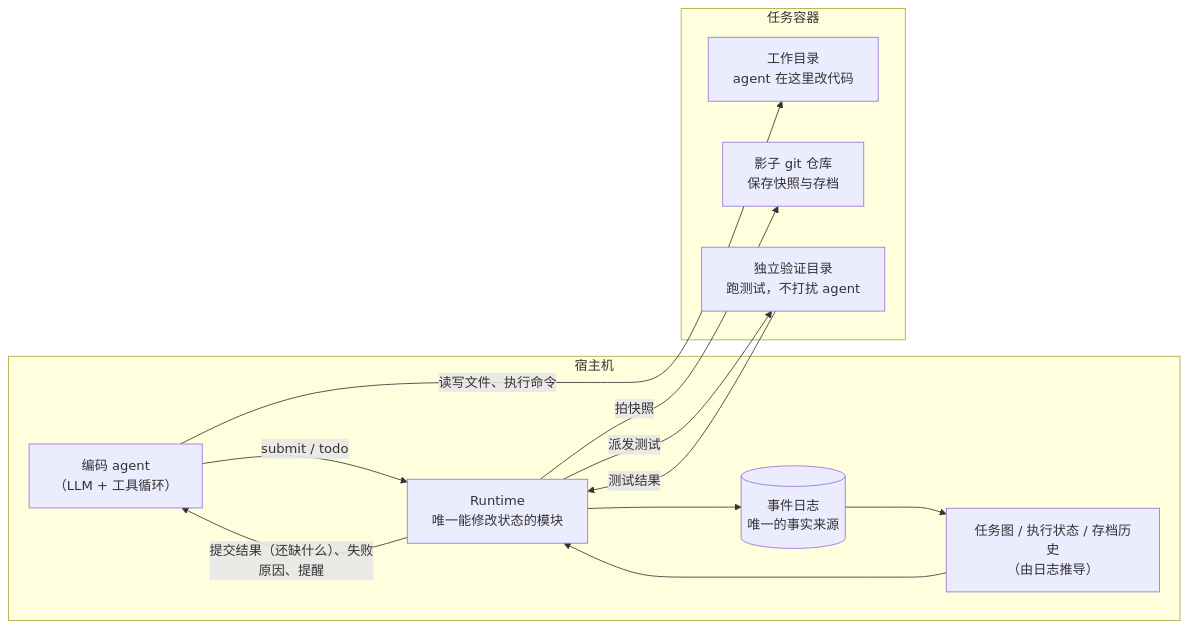
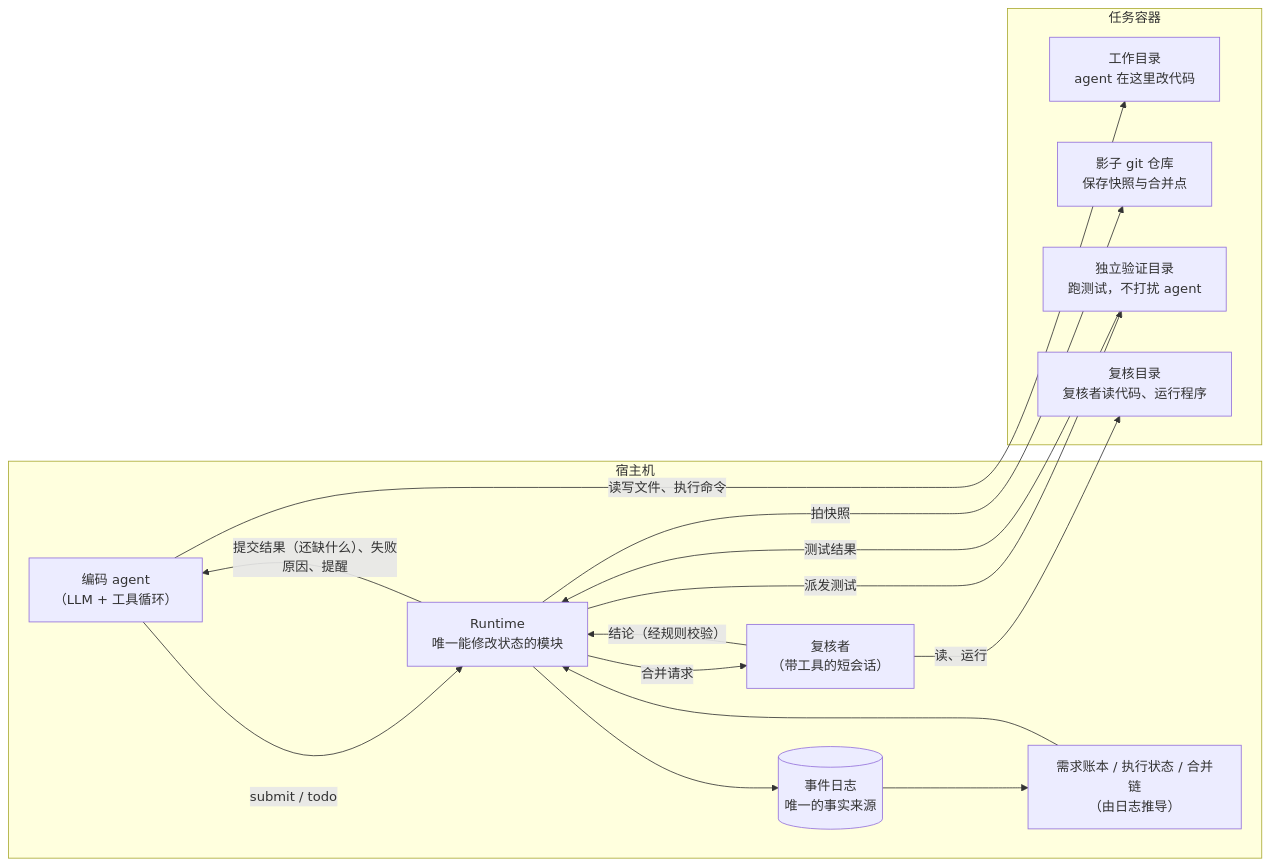
The first of 4 diagrams in README.md (jyh21377063/belay), drawn with Mermaid before and after one commit. The commit also changed other lines of this file and 36 other files, not shown here.

````diff
--- a/README.md
+++ b/README.md
@@ -32,21 +36,26 @@
 ```mermaid
 flowchart LR
   subgraph Host["宿主机"]
     A["编码 agent<br/>（LLM + 工具循环）"]
     R["Runtime<br/>唯一能修改状态的模块"]
     L[("事件日志<br/>唯一的事实来源")]
-    G["任务图 / 执行状态 / 存档历史<br/>（由日志推导）"]
+    G["需求账本 / 执行状态 / 合并链<br/>（由日志推导）"]
+    V["复核者<br/>（带工具的短会话）"]
   end
   subgraph Box["任务容器"]
     WS["工作目录<br/>agent 在这里改代码"]
-    GIT["影子 git 仓库<br/>保存快照与存档"]
+    GIT["影子 git 仓库<br/>保存快照与合并点"]
     VD["独立验证目录<br/>跑测试，不打扰 agent"]
+    RD["复核目录<br/>复核者读代码、运行程序"]
   end
   A -- "读写文件、执行命令" --> WS
   A -- "submit / todo" --> R
   R -- "提交结果（还缺什么）、失败原因、提醒" --> A
   R --> L --> G --> R
   R -- "拍快照" --> GIT
   R -- "派发测试" --> VD
   VD -- "测试结果" --> R
+  R -- "合并请求" --> V
+  V -- "结论（经规则校验）" --> R
+  V -- "读、运行" --> RD
 ```
````
